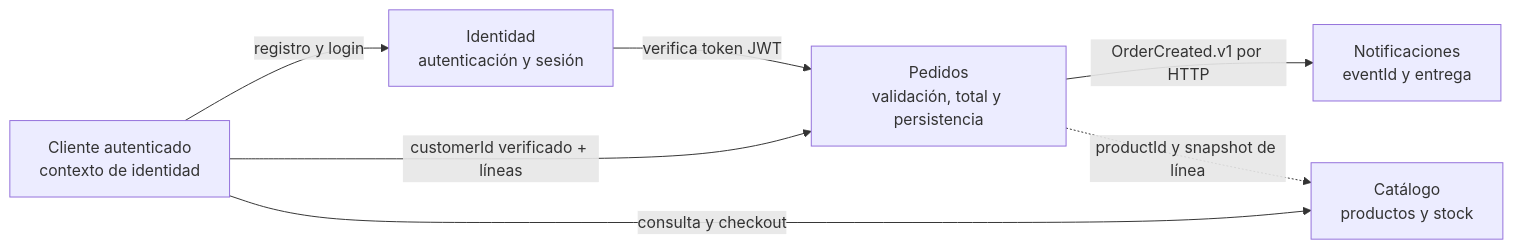
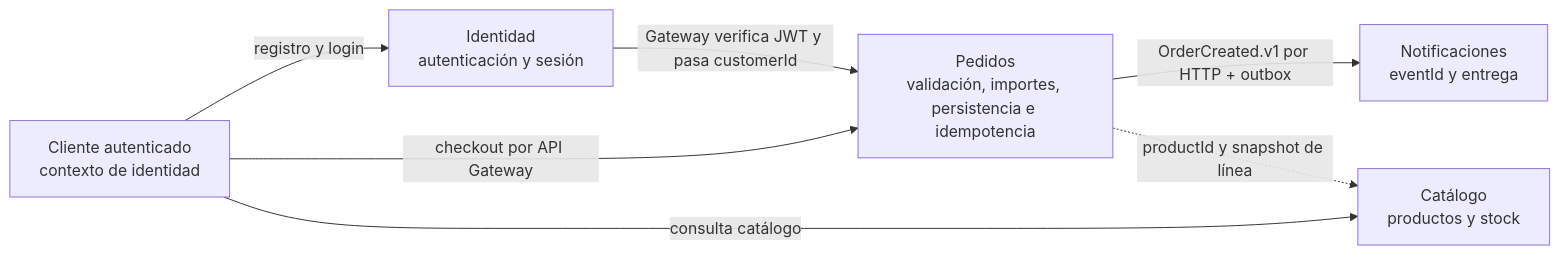
The second of 10 diagrams in docs/wiki/architecture-overview.md (HectorARiascosI/mileshop-platform), drawn with Mermaid before and after one commit. The commit also changed other lines of this file and 56 other files, not shown here.

````diff
--- a/docs/wiki/architecture-overview.md
+++ b/docs/wiki/architecture-overview.md
@@ -40,15 +40,15 @@
 ```mermaid
 flowchart LR
     Customer[Cliente autenticado\ncontexto de identidad]
     IdentityCtx[Identidad\nautenticación y sesión]
     CatalogCtx[Catálogo\nproductos y stock]
-    OrdersCtx[Pedidos\nvalidación, total y persistencia]
+    OrdersCtx[Pedidos\nvalidación, importes, persistencia e idempotencia]
     NotificationCtx[Notificaciones\neventId y entrega]
 
     Customer -->|registro y login| IdentityCtx
-    Customer -->|consulta y checkout| CatalogCtx
-    Customer -->|customerId verificado + líneas| OrdersCtx
-    IdentityCtx -->|verifica token JWT| OrdersCtx
-    OrdersCtx -->|OrderCreated.v1 por HTTP| NotificationCtx
+    Customer -->|consulta catálogo| CatalogCtx
+    Customer -->|checkout por API Gateway| OrdersCtx
+    IdentityCtx -->|Gateway verifica JWT y pasa customerId| OrdersCtx
+    OrdersCtx -->|OrderCreated.v1 por HTTP + outbox| NotificationCtx
     OrdersCtx -.->|productId y snapshot de línea| CatalogCtx
 ```
````
